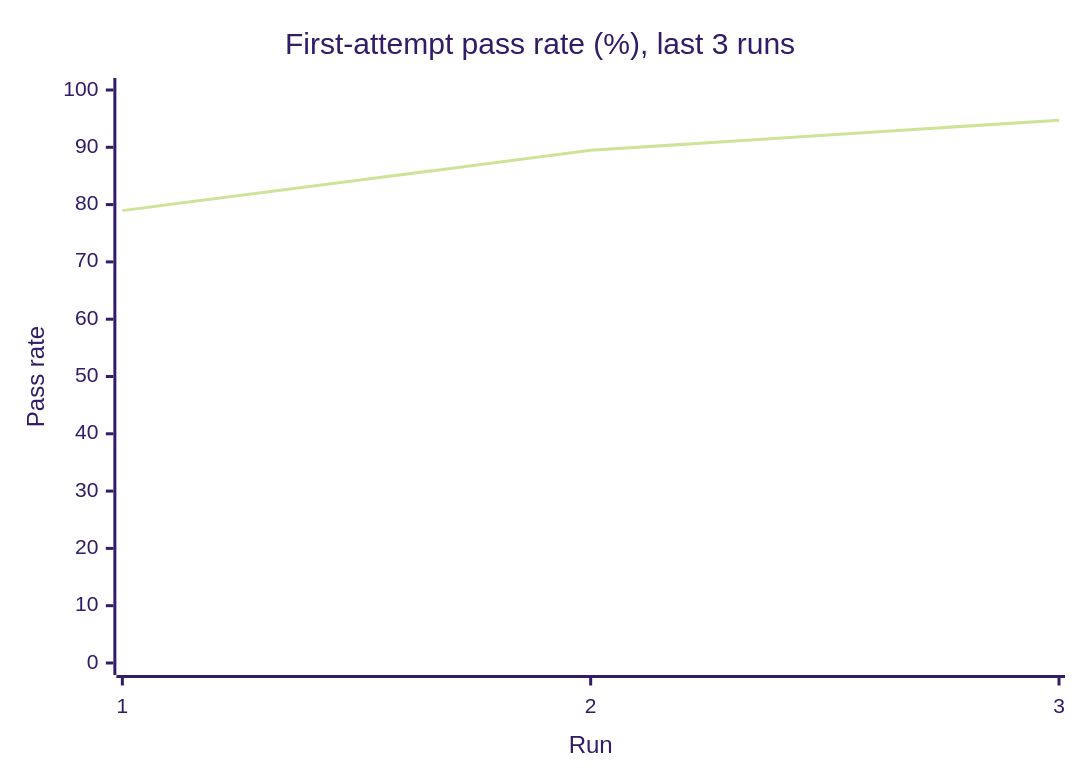
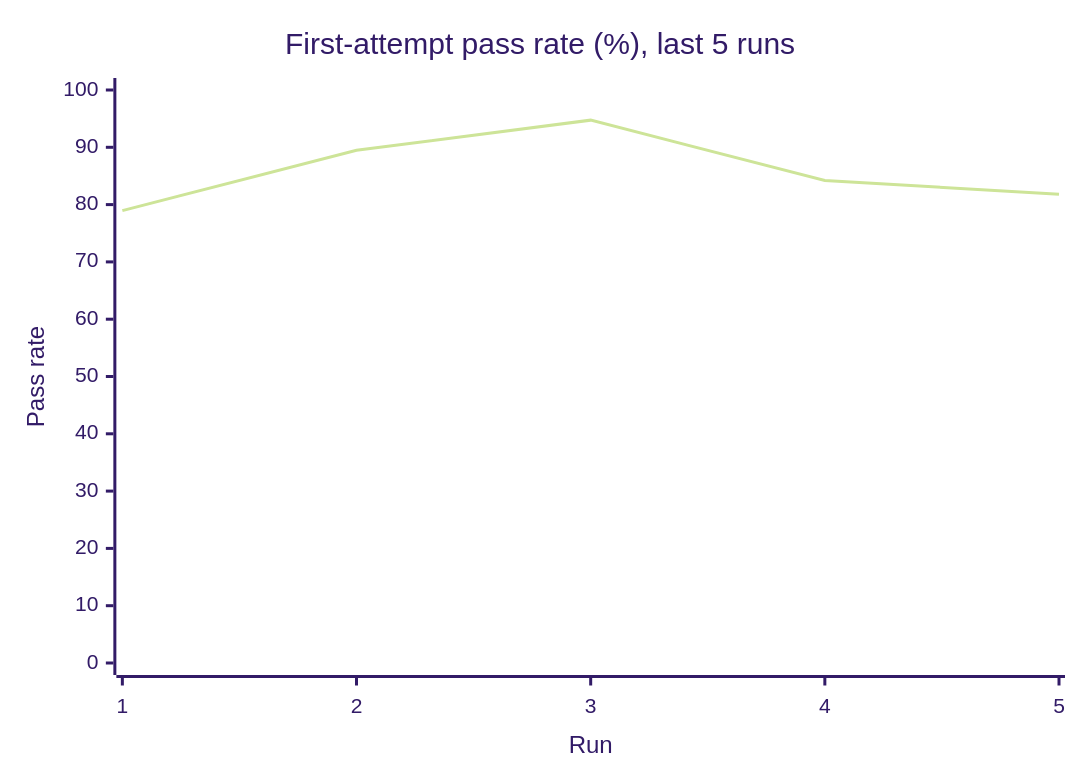
The first of 3 diagrams in reports/summary.md (Shirojoufu/Flaky-Test-Lab), drawn with Mermaid (forest theme) before and after one commit. The commit also changed other lines of this file and 7 other files, not shown here.

````diff
--- a/reports/summary.md
+++ b/reports/summary.md
@@ -34,7 +42,7 @@
 ```mermaid
 xychart-beta
-    title "First-attempt pass rate (%), last 3 runs"
-    x-axis "Run" [1, 2, 3]
+    title "First-attempt pass rate (%), last 5 runs"
+    x-axis "Run" [1, 2, 3, 4, 5]
     y-axis "Pass rate" 0 --> 100
-    line [78.95, 89.47, 94.74]
+    line [78.95, 89.47, 94.74, 84.21, 81.82]
 ```
````
